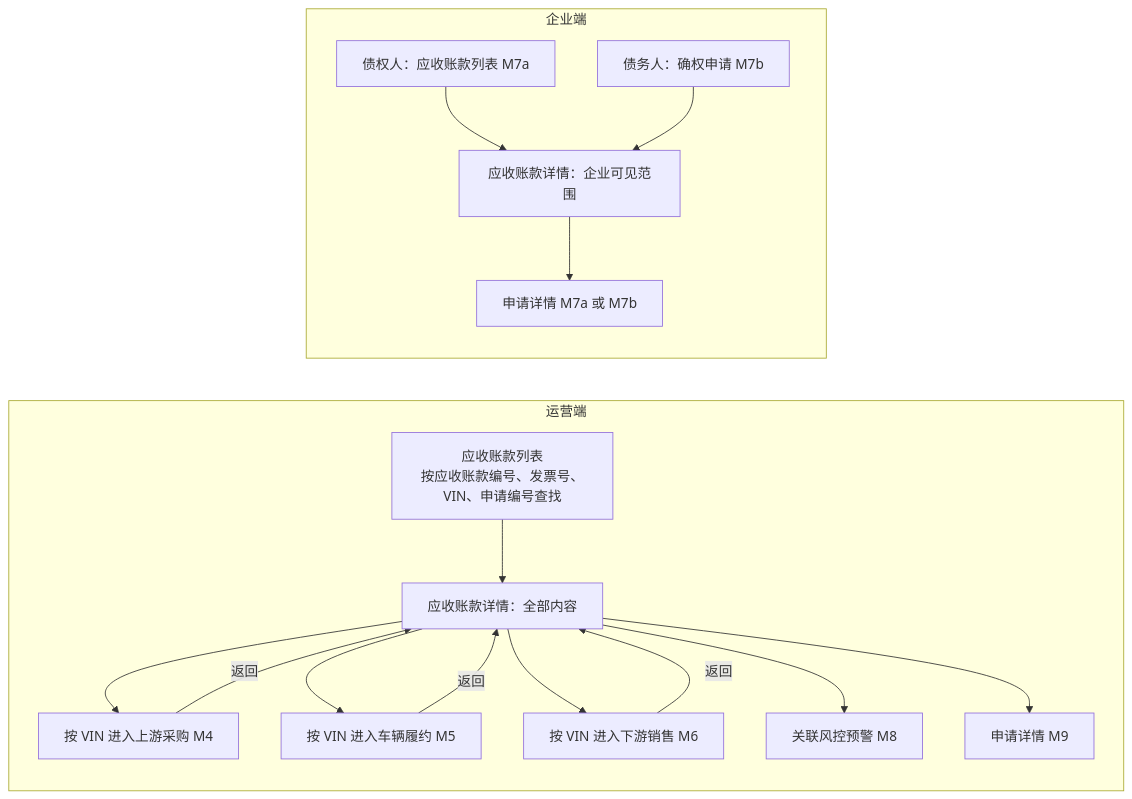
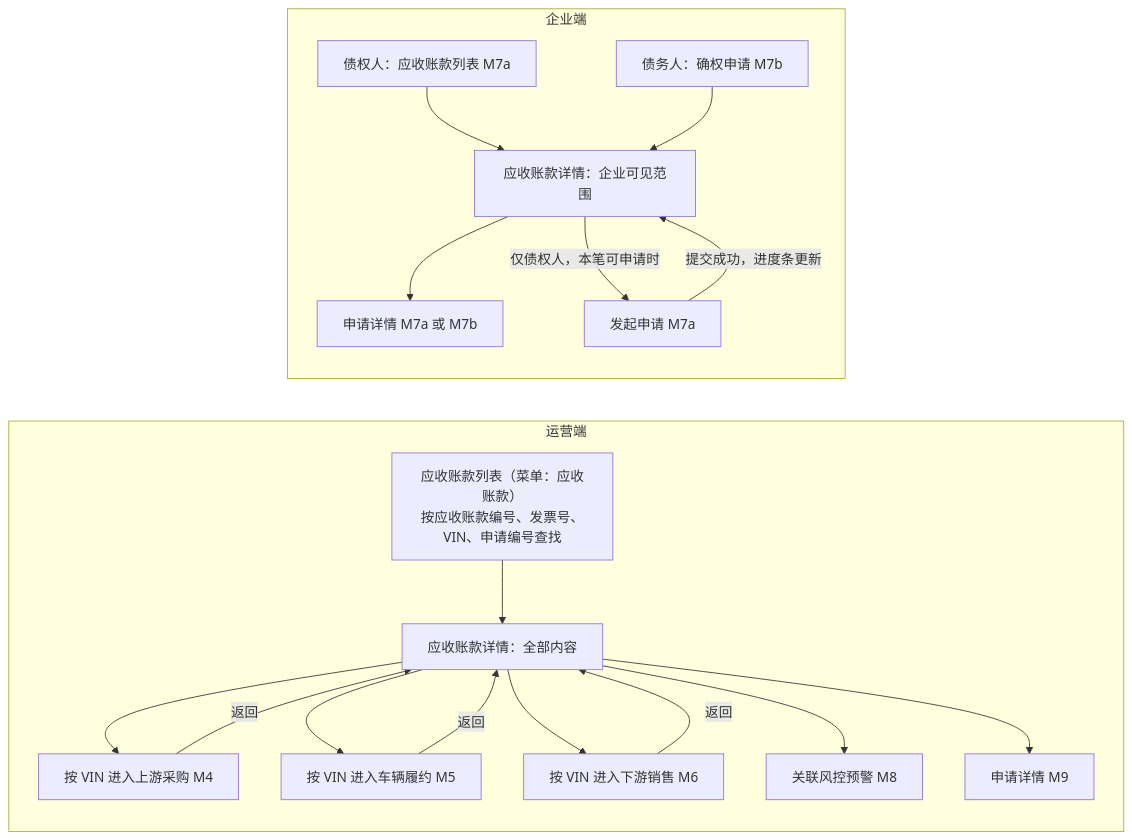
The fifth of 5 diagrams in asset-trust-platform/PRD/两端共用/M3-应收账款与发票/02-应收账款与发票-流程图与状态机.md (wxblockchain/Chain-Financing), drawn with Mermaid before and after one commit. The commit also changed other lines of this file and 3 other files, not shown here.

````diff
--- a/asset-trust-platform/PRD/两端共用/M3-应收账款与发票/02-应收账款与发票-流程图与状态机.md
+++ b/asset-trust-platform/PRD/两端共用/M3-应收账款与发票/02-应收账款与发票-流程图与状态机.md
@@ -86,17 +86,19 @@
 ```mermaid
 flowchart LR
     subgraph 运营端
-        O1[应收账款列表<br/>按应收账款编号、发票号、VIN、申请编号查找] --> O2[应收账款详情：全部内容]
+        O1[应收账款列表（菜单：应收账款）<br/>按应收账款编号、发票号、VIN、申请编号查找] --> O2[应收账款详情：全部内容]
         O2 --> O3[按 VIN 进入上游采购 M4]
         O2 --> O4[按 VIN 进入车辆履约 M5]
         O2 --> O5[按 VIN 进入下游销售 M6]
         O2 --> O6[关联风控预警 M8]
         O2 --> O7[申请详情 M9]
         O3 & O4 & O5 -->|返回| O2
     end
     subgraph 企业端
         C1[债权人：应收账款列表 M7a] --> C3[应收账款详情：企业可见范围]
         C2[债务人：确权申请 M7b] --> C3
         C3 --> C4[申请详情 M7a 或 M7b]
+        C3 -->|仅债权人，本笔可申请时| C5[发起申请 M7a]
+        C5 -->|提交成功，进度条更新| C3
     end
 ```
````
